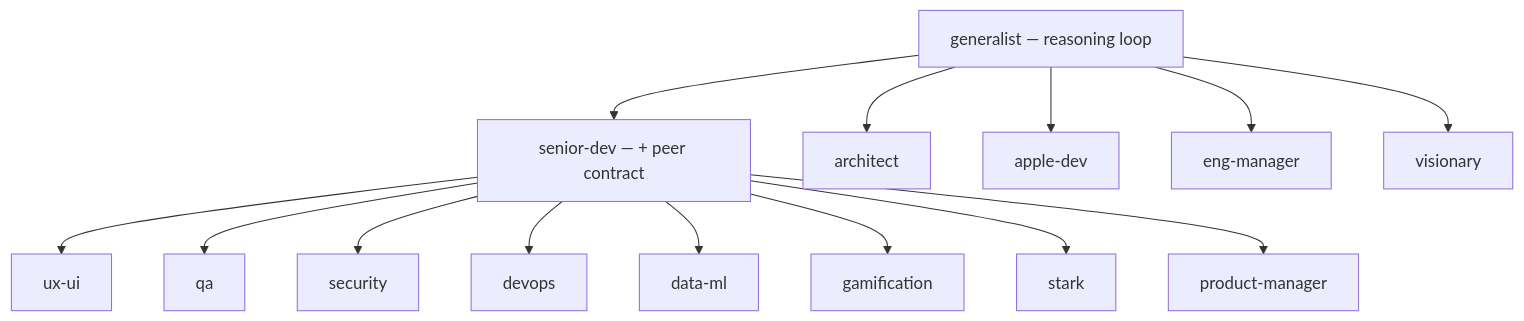
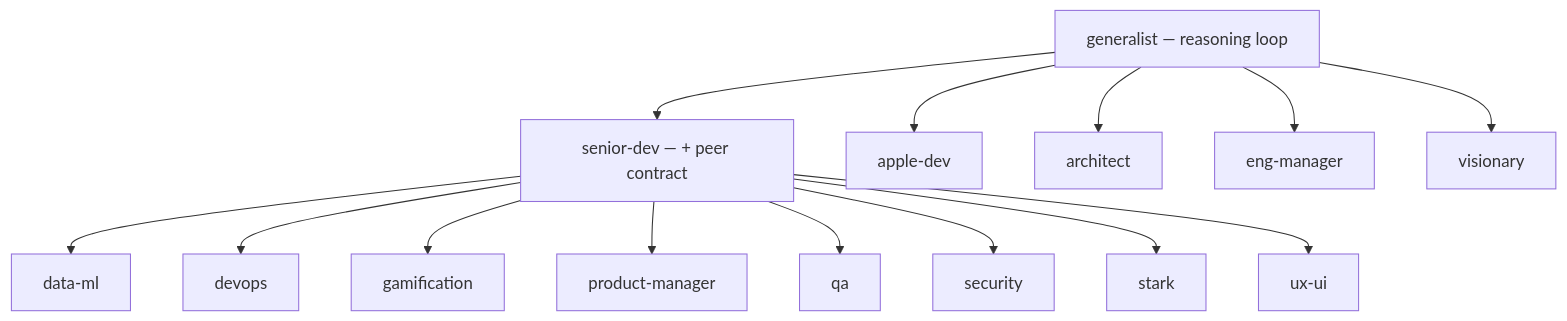
Before and after one commit to jrodrigopuca/local-agents: the first of 4 diagrams in GRAPH.md, drawn with Mermaid. The commit also changed other lines of this file and 1 other file, not shown here.

````diff
--- a/GRAPH.md
+++ b/GRAPH.md
@@ -21,20 +22,20 @@
 ```mermaid
 flowchart TD
     G["generalist — reasoning loop"]
     SD["senior-dev — + peer contract"]
 
     G --> SD
+    G --> apple-dev
     G --> architect
-    G --> apple-dev
     G --> eng-manager
     G --> visionary
 
-    SD --> ux-ui
+    SD --> data-ml
+    SD --> devops
+    SD --> gamification
+    SD --> product-manager
     SD --> qa
     SD --> security
-    SD --> devops
-    SD --> data-ml
-    SD --> gamification
     SD --> stark
-    SD --> product-manager
+    SD --> ux-ui
 ```
````
